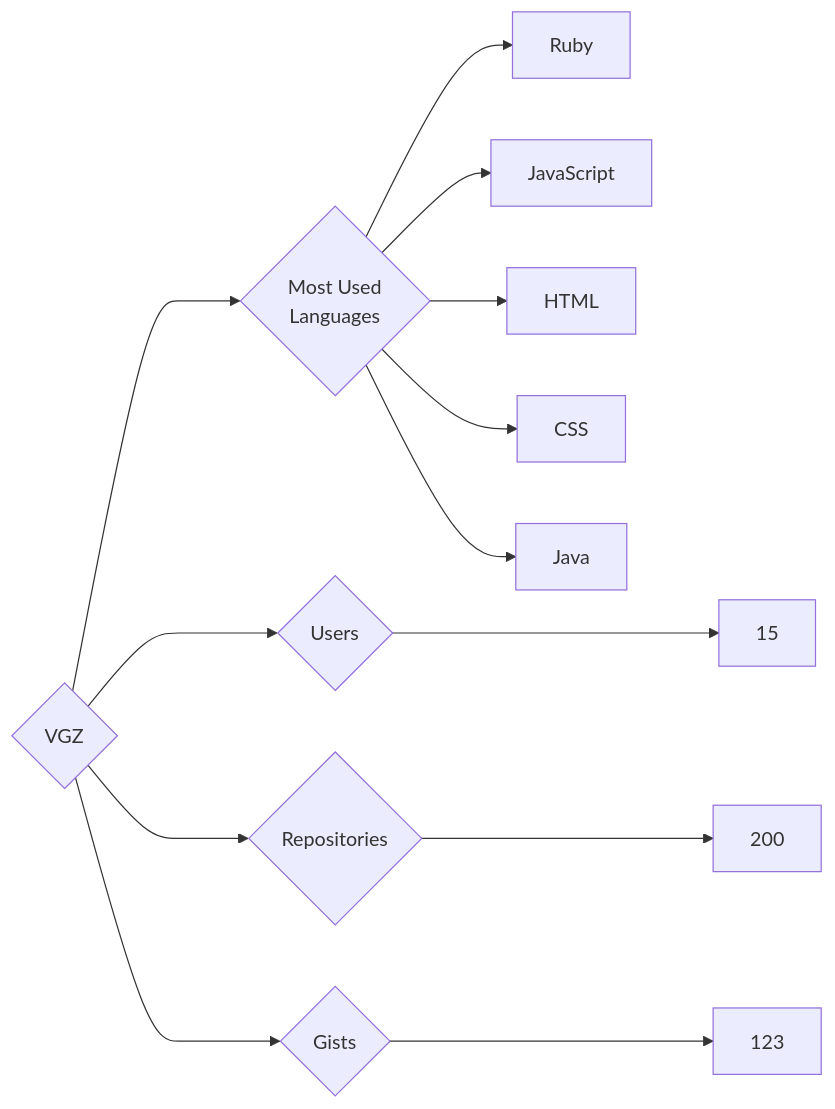
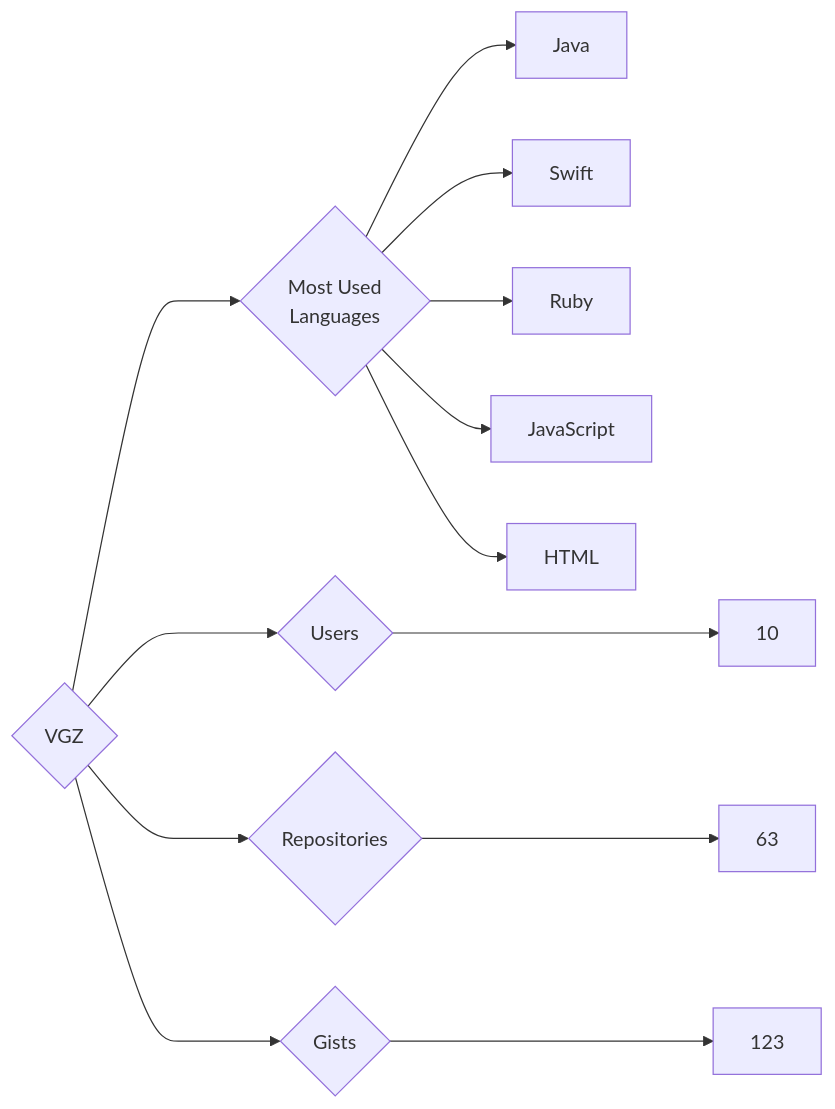
One commit to trickest/insiders changed the diagram in targets/VGZ/README.md. Above: the diagram before and after it, drawn with Mermaid. The commit also changed 725 other files, not shown here.

````diff
--- a/targets/VGZ/README.md
+++ b/targets/VGZ/README.md
@@ -3,13 +3,13 @@
 ```mermaid
 graph LR
 COMPANY_NAME{VGZ}
-COMPANY_NAME ---> U{Users} ---> UN[15]
-COMPANY_NAME ---> R{Repositories} ---> RN[200]
+COMPANY_NAME ---> U{Users} ---> UN[10]
+COMPANY_NAME ---> R{Repositories} ---> RN[63]
 COMPANY_NAME ---> G{Gists} ---> GN[123]
 COMPANY_NAME ---> ML{Most Used<br>Languages}
+ML --> Java[Java]
+ML --> Swift[Swift]
 ML --> Ruby[Ruby]
 ML --> JavaScript[JavaScript]
 ML --> HTML[HTML]
-ML --> CSS[CSS]
-ML --> Java[Java]
 ```
````
